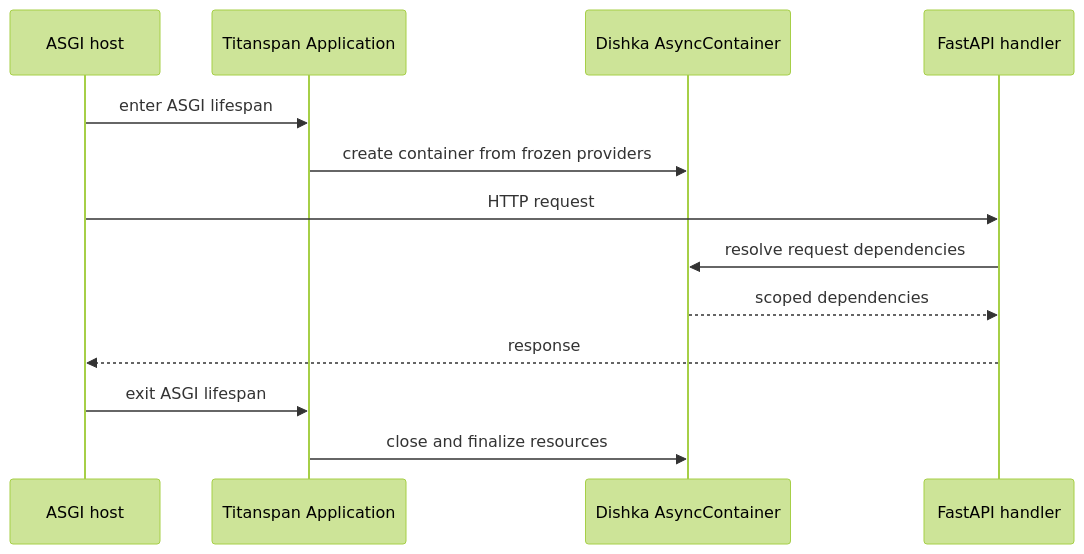
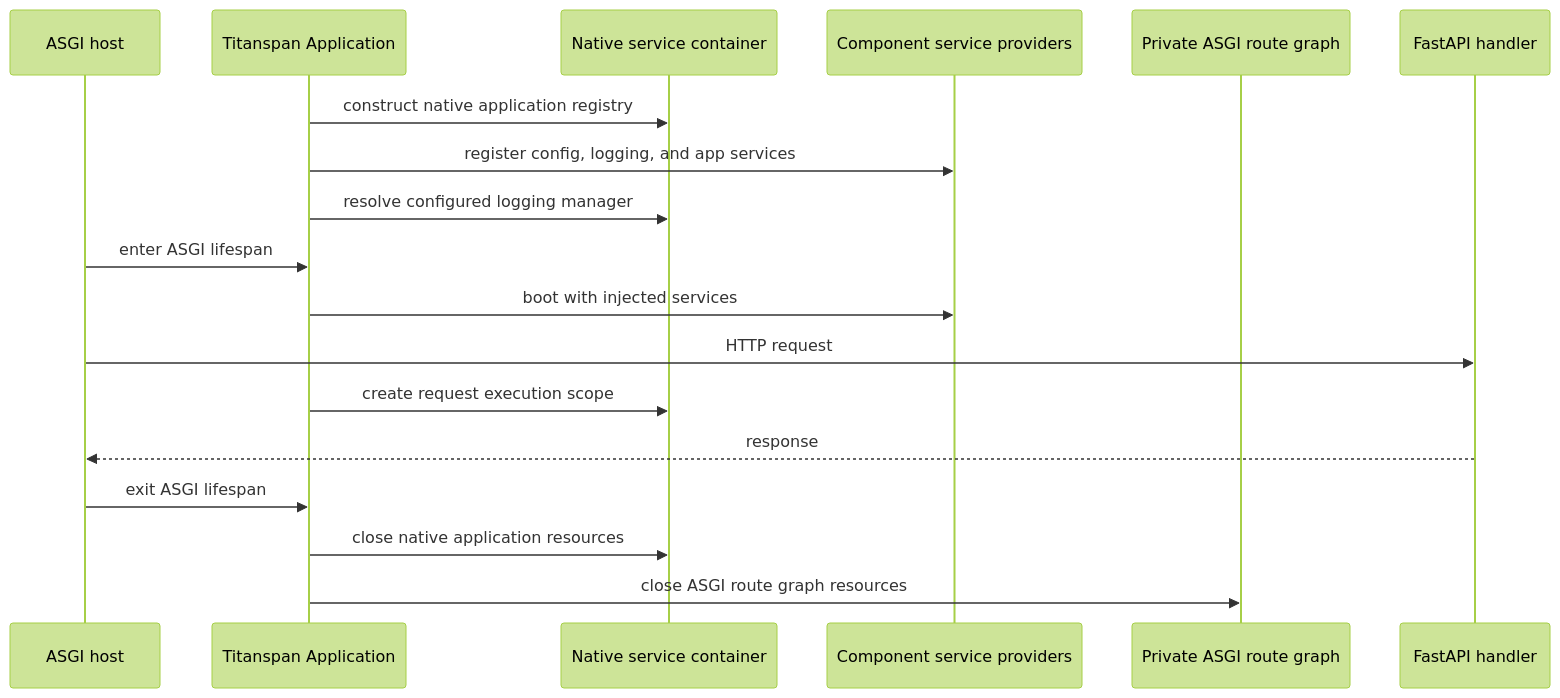
Before and after one commit to cyber-cosmos/titanspan: the second of 2 diagrams in ARCHITECTURE.md, drawn with Mermaid (forest theme). The commit also changed other lines of this file and 164 other files, not shown here.

Commit message:
feat: integrate framework services through native contracts

````diff
--- a/ARCHITECTURE.md
+++ b/ARCHITECTURE.md
@@ -111,16 +153,21 @@
 ```mermaid
 sequenceDiagram
     participant Host as ASGI host
     participant App as Titanspan Application
-    participant DI as Dishka AsyncContainer
+    participant Container as Native service container
+    participant Providers as Component service providers
+    participant Routes as Private ASGI route graph
     participant Handler as FastAPI handler
 
+    App->>Container: construct native application registry
+    App->>Providers: register config, logging, and app services
+    App->>Container: resolve configured logging manager
     Host->>App: enter ASGI lifespan
-    App->>DI: create container from frozen providers
+    App->>Providers: boot with injected services
     Host->>Handler: HTTP request
-    Handler->>DI: resolve request dependencies
-    DI-->>Handler: scoped dependencies
+    App->>Container: create request execution scope
     Handler-->>Host: response
     Host->>App: exit ASGI lifespan
-    App->>DI: close and finalize resources
+    App->>Container: close native application resources
+    App->>Routes: close ASGI route graph resources
 ```
````
